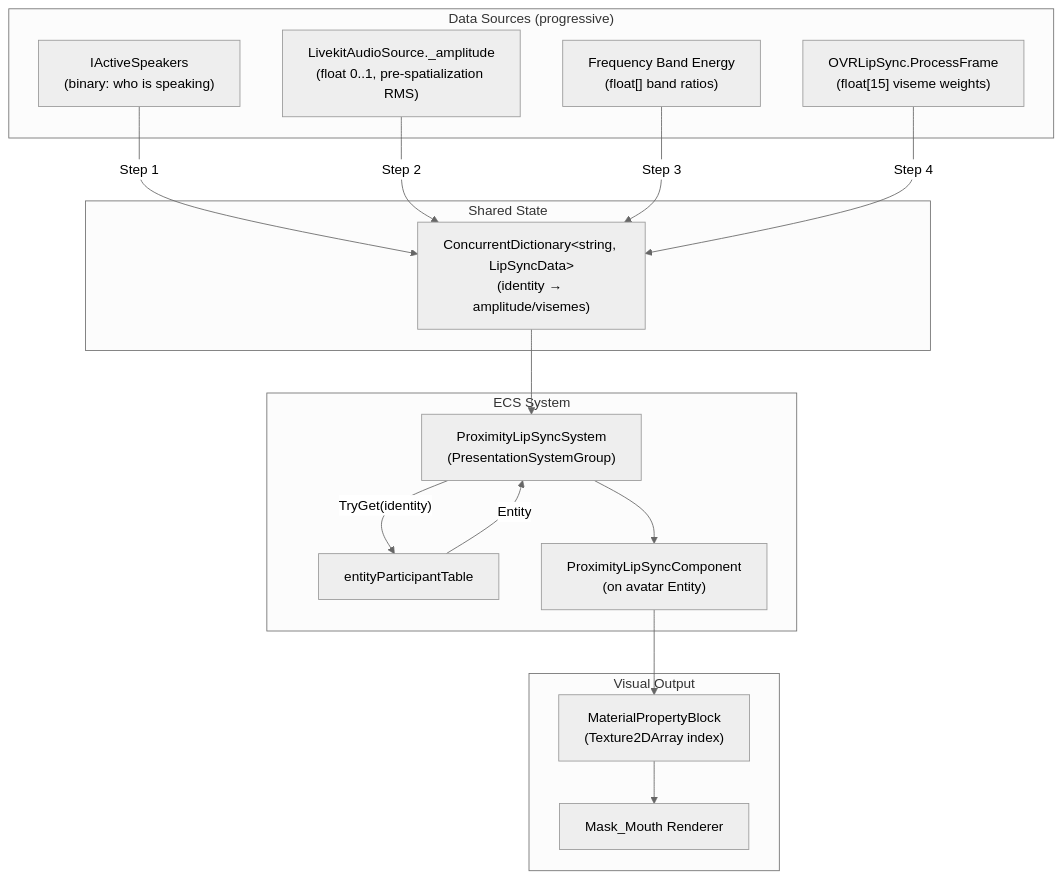
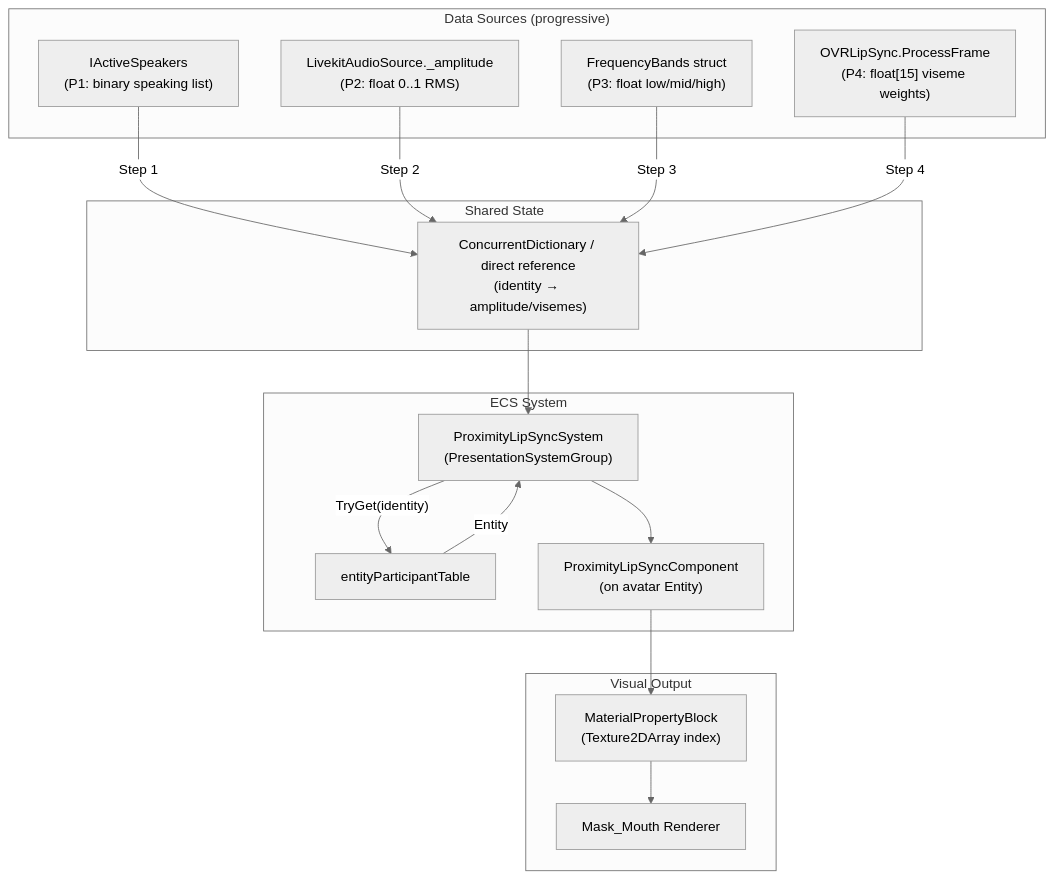
The diagram in Explorer/Assets/DCL/VoiceChat/Proximity/Docs/LypSinc/PLAN_lip_sync.md (decentraland/unity-explorer), drawn with Mermaid (neutral theme) before and after one commit. The commit also changed other lines of this file and 3 other files, not shown here.

````diff
--- a/Explorer/Assets/DCL/VoiceChat/Proximity/Docs/LypSinc/PLAN_lip_sync.md
+++ b/Explorer/Assets/DCL/VoiceChat/Proximity/Docs/LypSinc/PLAN_lip_sync.md
@@ -9,36 +25,36 @@
 ```mermaid
 graph TD
     subgraph "Data Sources (progressive)"
-        AS["IActiveSpeakers<br/>(binary: who is speaking)"]
-        RMS["LivekitAudioSource._amplitude<br/>(float 0..1, pre-spatialization RMS)"]
-        FFT["Frequency Band Energy<br/>(float[] band ratios)"]
-        OVR["OVRLipSync.ProcessFrame<br/>(float[15] viseme weights)"]
+        AS["IActiveSpeakers<br/>(P1: binary speaking list)"]
+        RMS["LivekitAudioSource._amplitude<br/>(P2: float 0..1 RMS)"]
+        FFT["FrequencyBands struct<br/>(P3: float low/mid/high)"]
+        OVR["OVRLipSync.ProcessFrame<br/>(P4: float[15] viseme weights)"]
     end
 
     subgraph "Shared State"
-        Dict["ConcurrentDictionary&lt;string, LipSyncData&gt;<br/>(identity → amplitude/visemes)"]
+        Dict["ConcurrentDictionary / direct reference<br/>(identity → amplitude/visemes)"]
     end
 
     subgraph "ECS System"
         Sys["ProximityLipSyncSystem<br/>(PresentationSystemGroup)"]
         EPT["entityParticipantTable"]
         Comp["ProximityLipSyncComponent<br/>(on avatar Entity)"]
     end
 
     subgraph "Visual Output"
         MPB["MaterialPropertyBlock<br/>(Texture2DArray index)"]
         Mouth["Mask_Mouth Renderer"]
     end
 
     AS -->|"Step 1"| Dict
     RMS -->|"Step 2"| Dict
     FFT -->|"Step 3"| Dict
     OVR -->|"Step 4"| Dict
 
     Dict --> Sys
     Sys -->|"TryGet(identity)"| EPT
     EPT -->|"Entity"| Sys
     Sys --> Comp
     Comp --> MPB
     MPB --> Mouth
 ```
````
